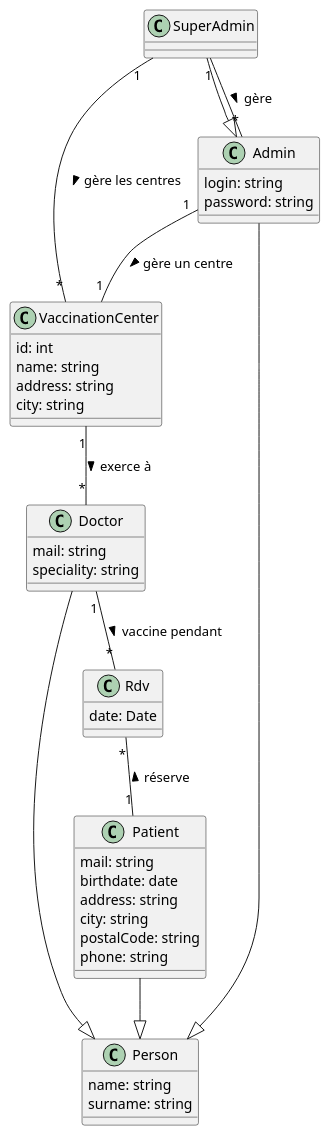
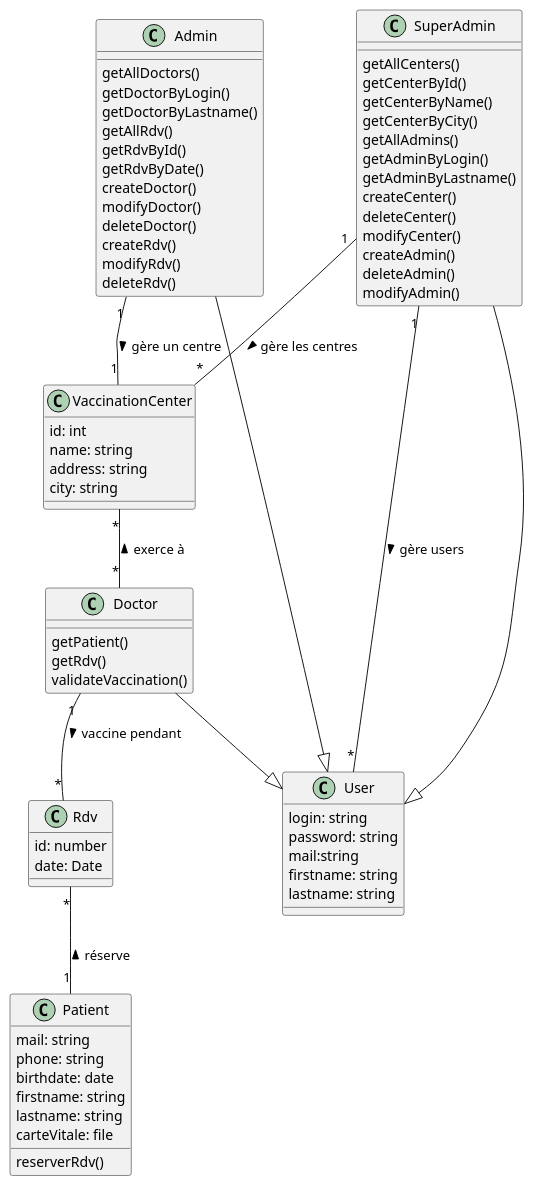
One commit to rostro15/TD2-MiseEnProd-gradle changed the diagram in uml/covidDB.puml. Above: the diagram before and after it, drawn with PlantUML. The commit also changed 1 other file, not shown here.

```diff
--- a/uml/covidDB.puml
+++ b/uml/covidDB.puml
@@ -1,56 +1,90 @@
 @startuml Polydoctor
 
 class VaccinationCenter {
     id: int
     name: string
     address: string
     city: string
+    'attibuts en private
 }
 
-class Person {
-    name: string
-    surname: string
+class User {
+    login: string
+    password: string
+    mail:string
+    firstname: string
+    lastname: string
+    'attributs en protected et pas en private
+
+}
+
+class Doctor {
+    getPatient()
+    getRdv()
+    validateVaccination()
+}
+class Admin {
+    getAllDoctors()
+    getDoctorByLogin()
+    getDoctorByLastname()
+    getAllRdv()
+    getRdvById()
+    getRdvByDate()
+    createDoctor()
+    modifyDoctor()
+    deleteDoctor()
+    createRdv()
+    modifyRdv()
+    deleteRdv()
+}
+
+Class SuperAdmin{
+    getAllCenters()
+    getCenterById()
+    getCenterByName()
+    getCenterByCity()
+    getAllAdmins()
+    getAdminByLogin()
+    getAdminByLastname()
+    createCenter()
+    deleteCenter()
+    modifyCenter()
+    createAdmin()
+    deleteAdmin()
+    modifyAdmin()
 }
 
 class Patient {
     mail: string
+    phone: string
     birthdate: date
-    address: string
-    city: string
-    postalCode: string
-    phone: string
-}
-
-class Doctor {
-    mail: string
-    speciality: string
-}
-
-class Admin {
-    login: string
-    password: string
-}
-
-class SuperAdmin {
+    firstname: string
+    lastname: string
+    carteVitale: file
+    'file upload Sam en charge
+    'attributs en private
+    reserverRdv()
 }
 
 class Rdv {
+    id: number
     date: Date
+    'attributs en private
 }
 
 'héritage
-Doctor --|> Person
-Patient --|> Person
-Admin --|> Person
-SuperAdmin --|> Admin
+Doctor --|> User
+Admin --|> User
+SuperAdmin --|> User
+
 
 'action
 Rdv "*" -- "1" Patient : réserve <
 Doctor "1" -- "*" Rdv : vaccine pendant >
-VaccinationCenter "1" -- "*" Doctor : exerce à >
+VaccinationCenter "*" -- "*" Doctor : exerce à <
 
 SuperAdmin "1" -- "*" VaccinationCenter : gère les centres >
 Admin "1" -- "1" VaccinationCenter : gère un centre >
-SuperAdmin "1" -- "*" Admin : gère >
+SuperAdmin "1" -- "*" User : gère users >
 
 @enduml
```
